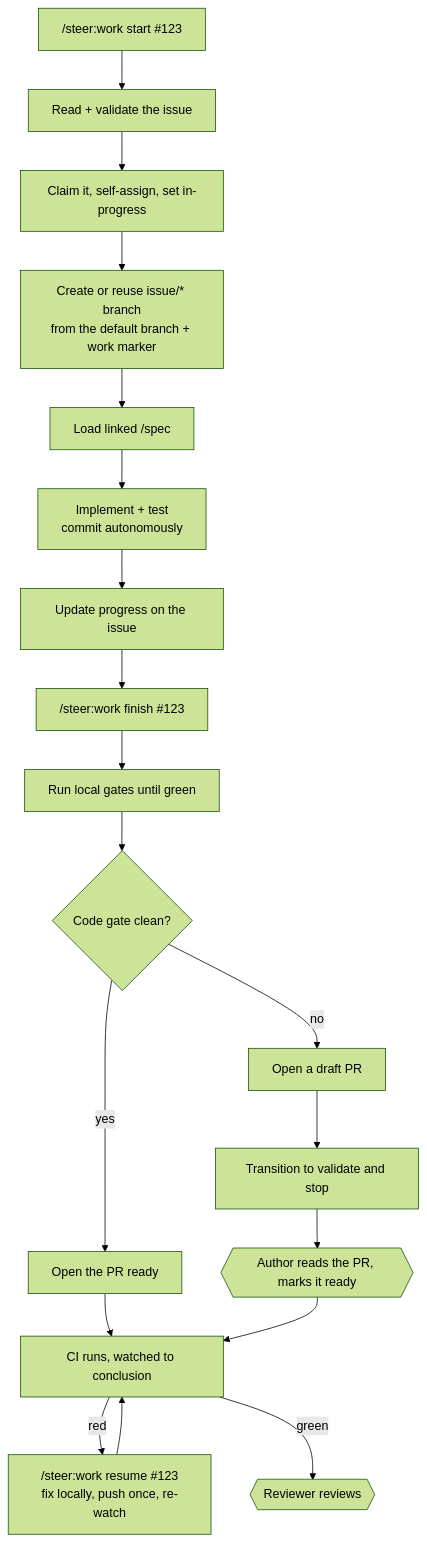
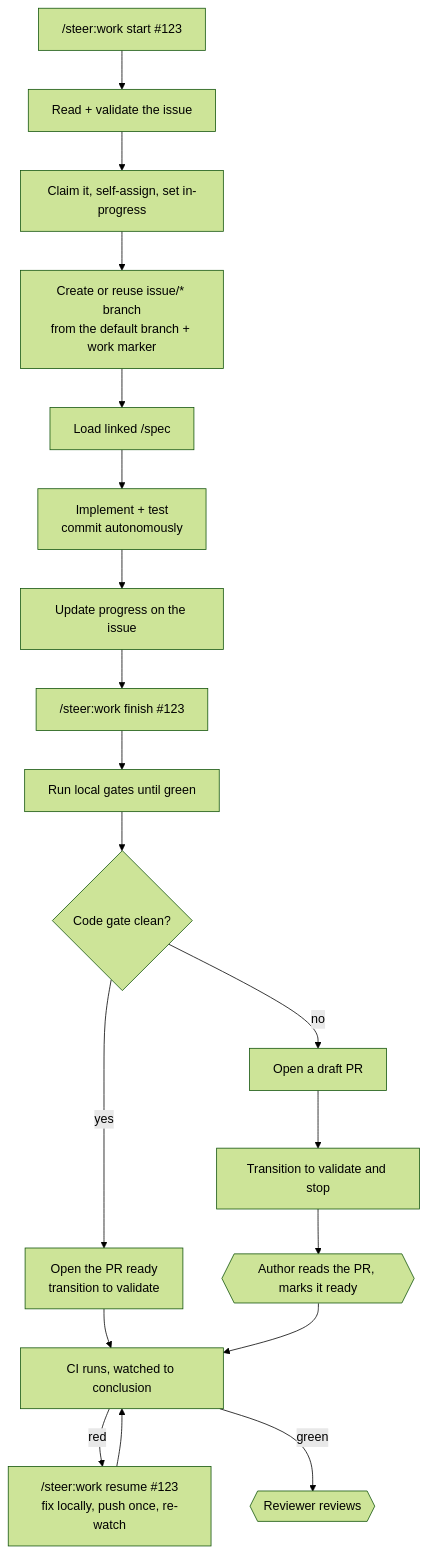
The diagram in docs/workflows/work.md (element22llc/e22-plugins), drawn with Mermaid (forest theme) before and after one commit. The commit also changed other lines of this file and 9 other files, not shown here.

First line of the commit message:
fix(skills): tighten the clean-gate rule and queue's ready path

````diff
--- a/docs/workflows/work.md
+++ b/docs/workflows/work.md
@@ -57,21 +57,21 @@
 ```mermaid
 flowchart TD
     START["/steer:work start #123"] --> VALIDATE[Read + validate the issue]
     VALIDATE --> CLAIM[Claim it, self-assign, set in-progress]
     CLAIM --> BRANCH[Create or reuse issue/* branch<br/>from the default branch + work marker]
     BRANCH --> SPEC[Load linked /spec]
     SPEC --> IMPL[Implement + test<br/>commit autonomously]
     IMPL --> PROGRESS[Update progress on the issue]
     PROGRESS --> FINISH["/steer:work finish #123"]
     FINISH --> GATES[Run local gates until green]
     GATES --> CLEAN{Code gate clean?}
-    CLEAN -->|yes| RPR[Open the PR ready]
+    CLEAN -->|yes| RPR[Open the PR ready<br/>transition to validate]
     RPR --> CI[CI runs, watched to conclusion]
     CLEAN -->|no| PR[Open a draft PR]
     PR --> STATE[Transition to validate and stop]
     STATE --> READY{{Author reads the PR, marks it ready}}
     READY --> CI
     CI -->|red| FIX["/steer:work resume #123<br/>fix locally, push once, re-watch"]
     FIX --> CI
     CI -->|green| REVIEW{{Reviewer reviews}}
 ```
````
